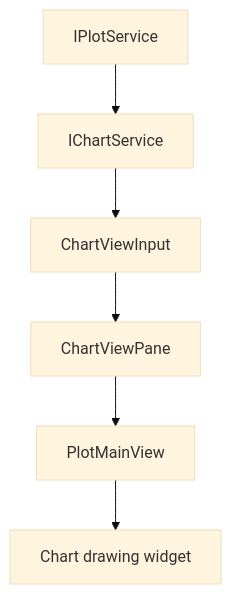
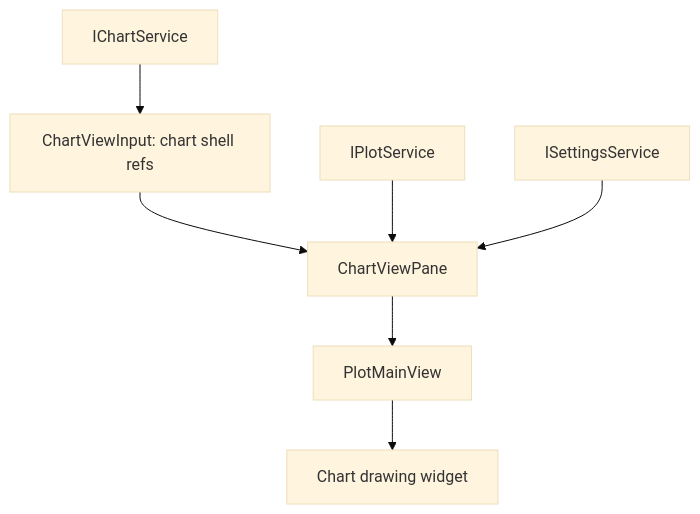
The first of 3 diagrams in .github/instructions/chart.instructions.md (chogng/conductor), drawn with Mermaid (base theme) before and after one commit. The commit also changed other lines of this file and 82 other files, not shown here.

First line of the commit message:
refactor: consolidate workbench ownership for settings and view inputs

````diff
--- a/.github/instructions/chart.instructions.md
+++ b/.github/instructions/chart.instructions.md
@@ -50,8 +51,9 @@
 ```mermaid
 flowchart TD
-    Plot[IPlotService] --> ChartService[IChartService]
-    ChartService --> ViewInput[ChartViewInput]
+    ChartService[IChartService] --> ViewInput[ChartViewInput: chart shell refs]
     ViewInput --> ChartViewPane[ChartViewPane]
+    Plot[IPlotService] --> ChartViewPane
+    Settings[ISettingsService] --> ChartViewPane
     ChartViewPane --> PlotView[PlotMainView]
     PlotView --> Canvas[Chart drawing widget]
 ```
````
